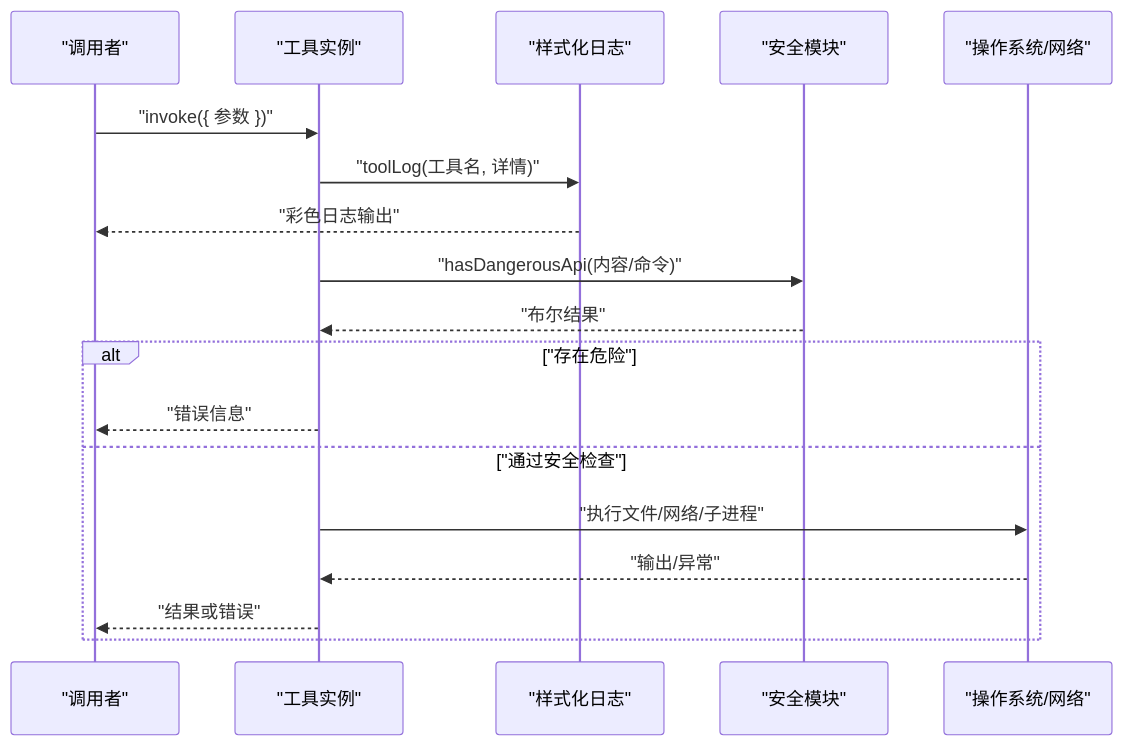
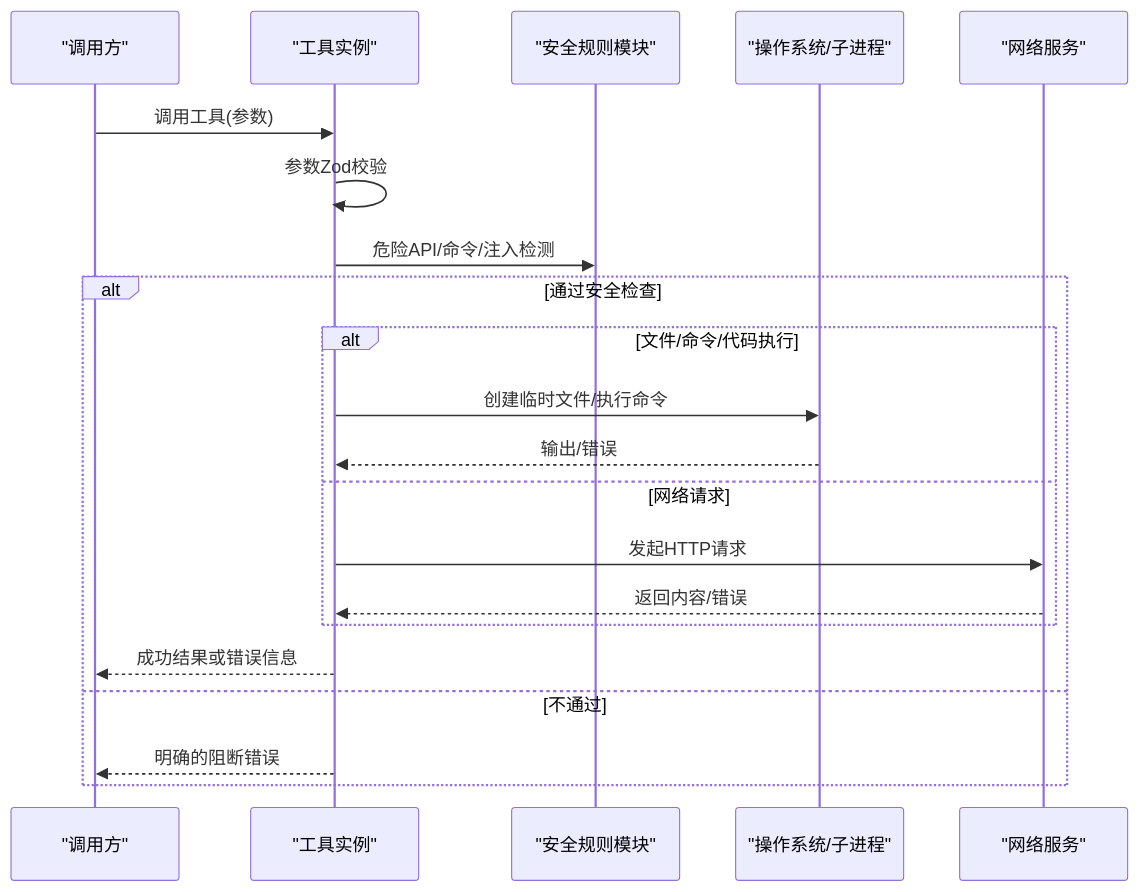
One commit to HAOFUYANG/onion-code changed the second of 7 diagrams in .qoder/repowiki/zh/content/工具系统/工具系统.md. Above: the diagram before and after it, drawn with Mermaid. The commit also changed other lines of this file and 58 other files, not shown here.

````diff
--- a/.qoder/repowiki/zh/content/工具系统/工具系统.md
+++ b/.qoder/repowiki/zh/content/工具系统/工具系统.md
@@ -129,20 +101,23 @@
 ```mermaid
 sequenceDiagram
-participant U as "调用者"
-participant T as "工具实例"
-participant ST as "样式化日志"
-participant SEC as "安全模块"
-participant OS as "操作系统/网络"
-U->>T : "invoke({ 参数 })"
-T->>ST : "toolLog(工具名, 详情)"
-ST-->>U : "彩色日志输出"
-T->>SEC : "hasDangerousApi(内容/命令)"
-SEC-->>T : "布尔结果"
-alt "存在危险"
-T-->>U : "错误信息"
-else "通过安全检查"
-T->>OS : "执行文件/网络/子进程"
-OS-->>T : "输出/异常"
-T-->>U : "结果或错误"
+participant Caller as "调用方"
+participant Tool as "工具实例"
+participant Sec as "安全规则模块"
+participant OS as "操作系统/子进程"
+participant Net as "网络服务"
+Caller->>Tool : 调用工具(参数)
+Tool->>Tool : 参数Zod校验
+Tool->>Sec : 危险API/命令/注入检测
+alt 通过安全检查
+alt 文件/命令/代码执行
+Tool->>OS : 创建临时文件/执行命令
+OS-->>Tool : 输出/错误
+else 网络请求
+Tool->>Net : 发起HTTP请求
+Net-->>Tool : 返回内容/错误
+end
+Tool-->>Caller : 成功结果或错误信息
+else 不通过
+Tool-->>Caller : 明确的阻断错误
 end
 ```
````
